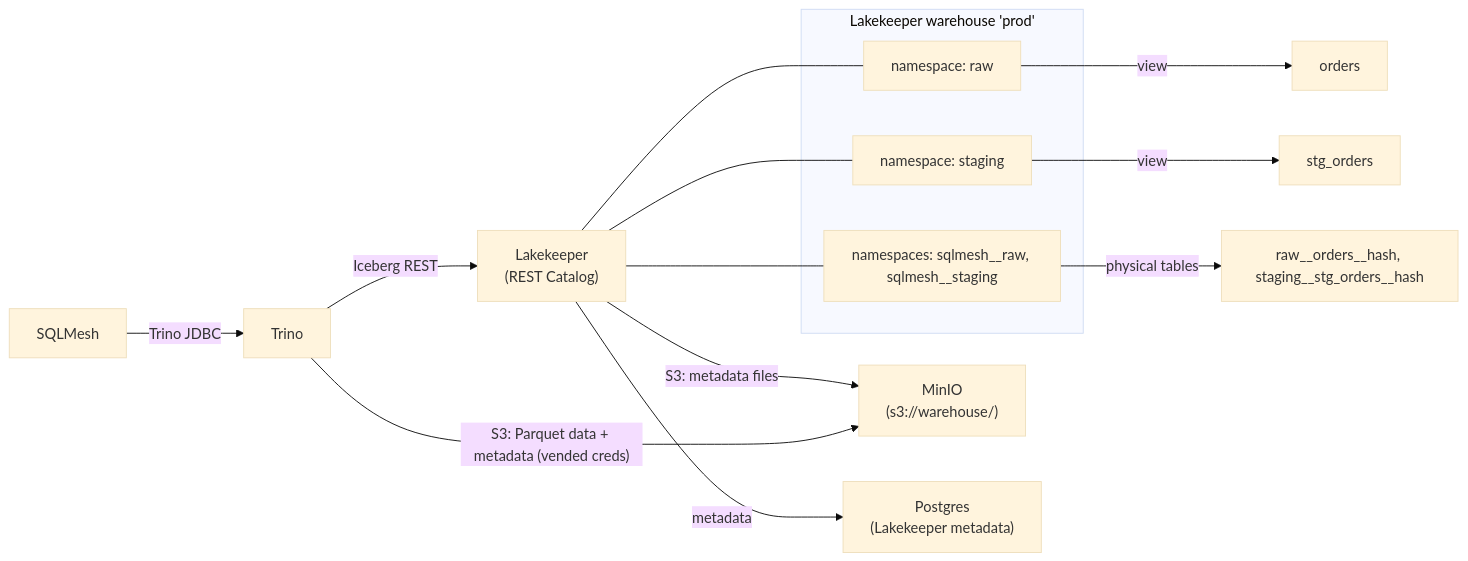
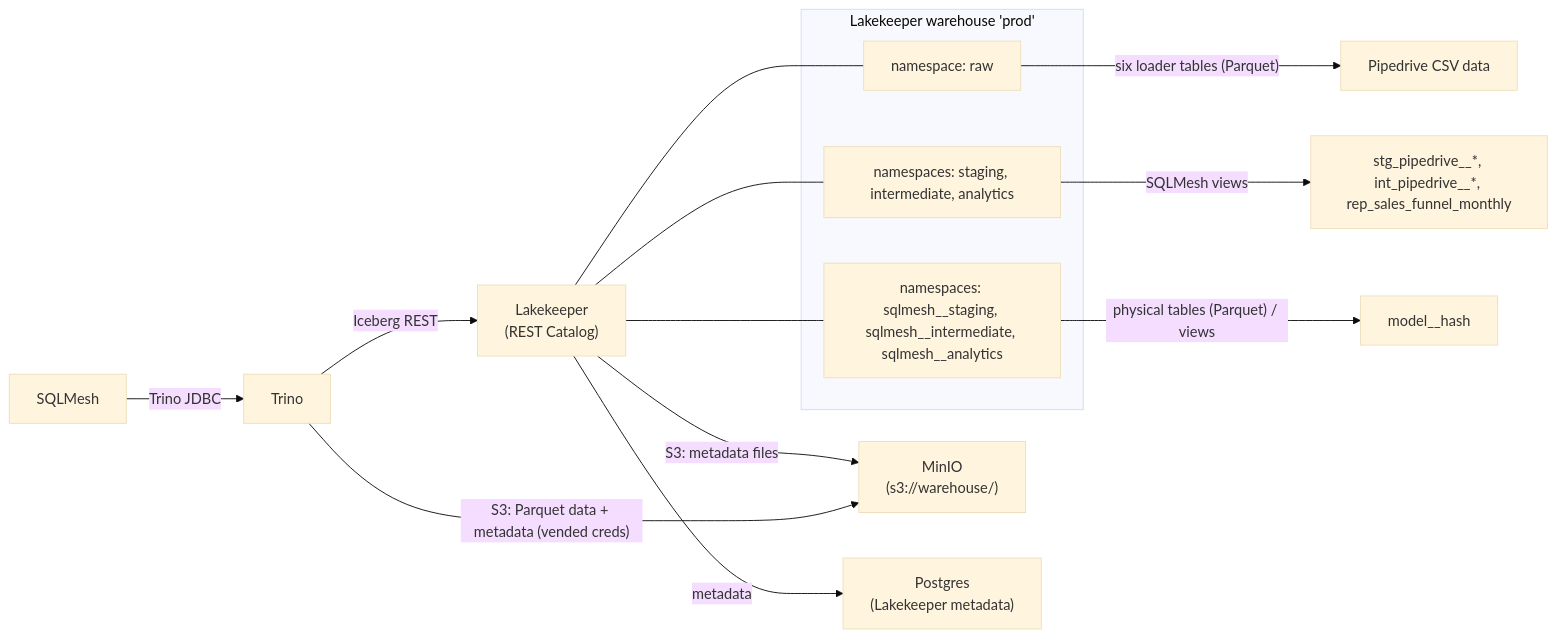
Before and after one commit to KikeSenpai/iceberg-analytics-engineering-template: the diagram in README.md, drawn with Mermaid (base theme). The commit also changed other lines of this file and 26 other files, not shown here.

First line of the commit message:
feat: build Pipedrive sales funnel analytics

````diff
--- a/README.md
+++ b/README.md
@@ -148,26 +152,26 @@
 ```mermaid
 graph LR
     sqlmesh["SQLMesh"]
     trino["Trino"]
     lakekeeper["Lakekeeper\n(REST Catalog)"]
     minio["MinIO\n(s3://warehouse/)"]
     postgres["Postgres\n(Lakekeeper metadata)"]
 
     sqlmesh -- "Trino JDBC" --> trino
     trino -- "Iceberg REST" --> lakekeeper
     lakekeeper -- "metadata" --> postgres
     trino -- "S3: Parquet data + metadata (vended creds)" --> minio
     lakekeeper -- "S3: metadata files" --> minio
 
     subgraph "Lakekeeper warehouse 'prod'"
         ns_raw["namespace: raw"]
-        ns_staging["namespace: staging"]
-        ns_phys["namespaces: sqlmesh__raw, sqlmesh__staging"]
+        ns_staging["namespaces: staging, intermediate, analytics"]
+        ns_phys["namespaces: sqlmesh__staging, sqlmesh__intermediate, sqlmesh__analytics"]
     end
     lakekeeper --- ns_raw
     lakekeeper --- ns_staging
     lakekeeper --- ns_phys
-    ns_raw -- "view" --> tbl_orders["orders"]
-    ns_staging -- "view" --> tbl_stg["stg_orders"]
-    ns_phys -- "physical tables" --> tbl_phys["raw__orders__hash, staging__stg_orders__hash"]
+    ns_raw -- "six loader tables (Parquet)" --> tbl_sources["Pipedrive CSV data"]
+    ns_staging -- "SQLMesh views" --> tbl_stg["stg_pipedrive__*, int_pipedrive__*, rep_sales_funnel_monthly"]
+    ns_phys -- "physical tables (Parquet) / views" --> tbl_phys["model__hash"]
 ```
````
